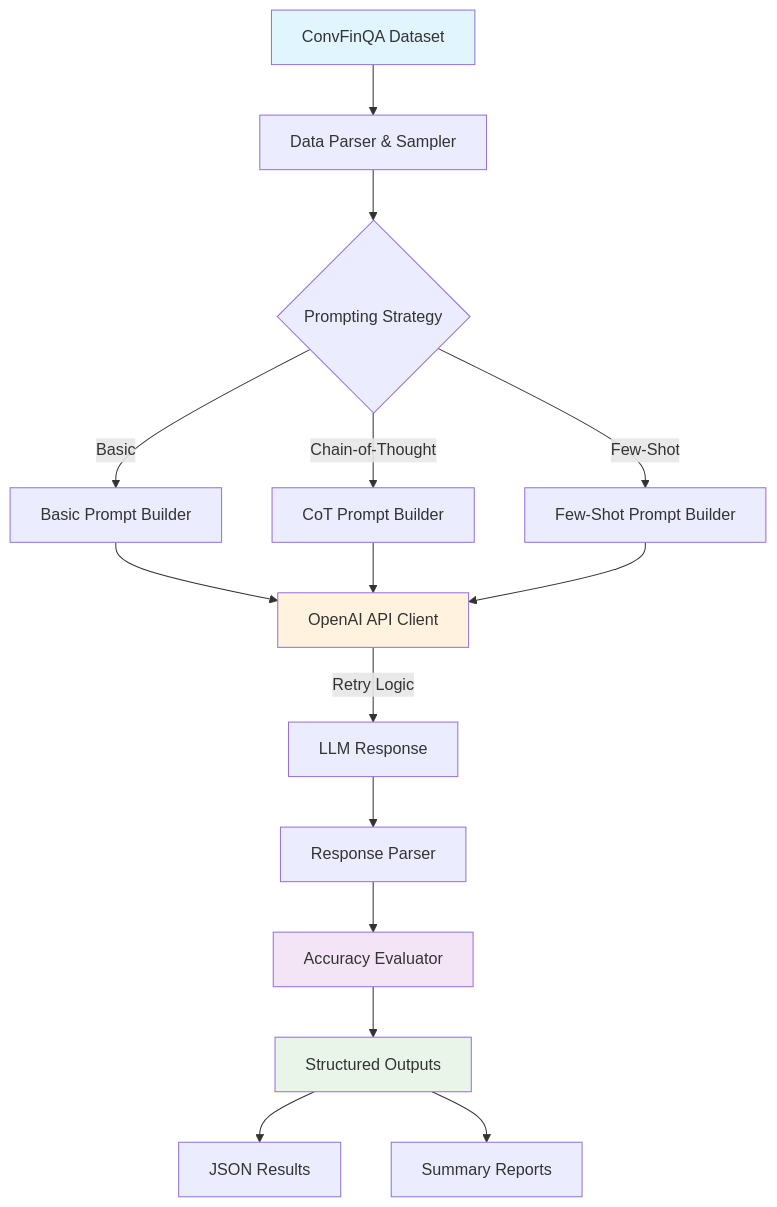
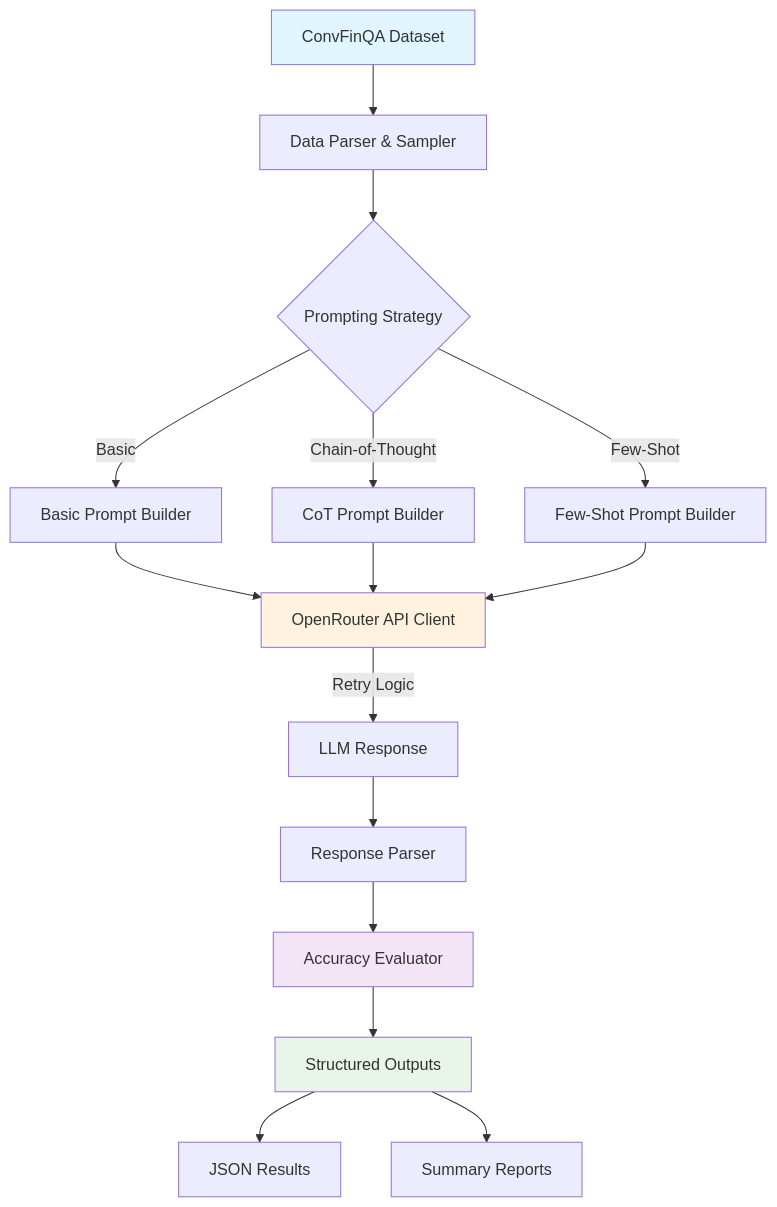
The diagram in README.md (mightymax123/convfinqa), drawn with Mermaid before and after one commit. The commit also changed other lines of this file, not shown here.

````diff
--- a/README.md
+++ b/README.md
@@ -142,22 +149,22 @@
 ```mermaid
 flowchart TD
     A[ConvFinQA Dataset] --> B[Data Parser & Sampler]
     B --> C{Prompting Strategy}
     C -->|Basic| D1[Basic Prompt Builder]
     C -->|Chain-of-Thought| D2[CoT Prompt Builder] 
     C -->|Few-Shot| D3[Few-Shot Prompt Builder]
-    D1 --> E[OpenAI API Client]
+    D1 -->     E[OpenRouter API Client]
     D2 --> E
     D3 --> E
     E -->|Retry Logic| F[LLM Response]
     F --> G[Response Parser]
     G --> H[Accuracy Evaluator]
     H --> I[Structured Outputs]
     I --> J[JSON Results]
     I --> K[Summary Reports]
     
     style A fill:#e1f5fe
     style E fill:#fff3e0
     style H fill:#f3e5f5
     style I fill:#e8f5e8
 ```
````
